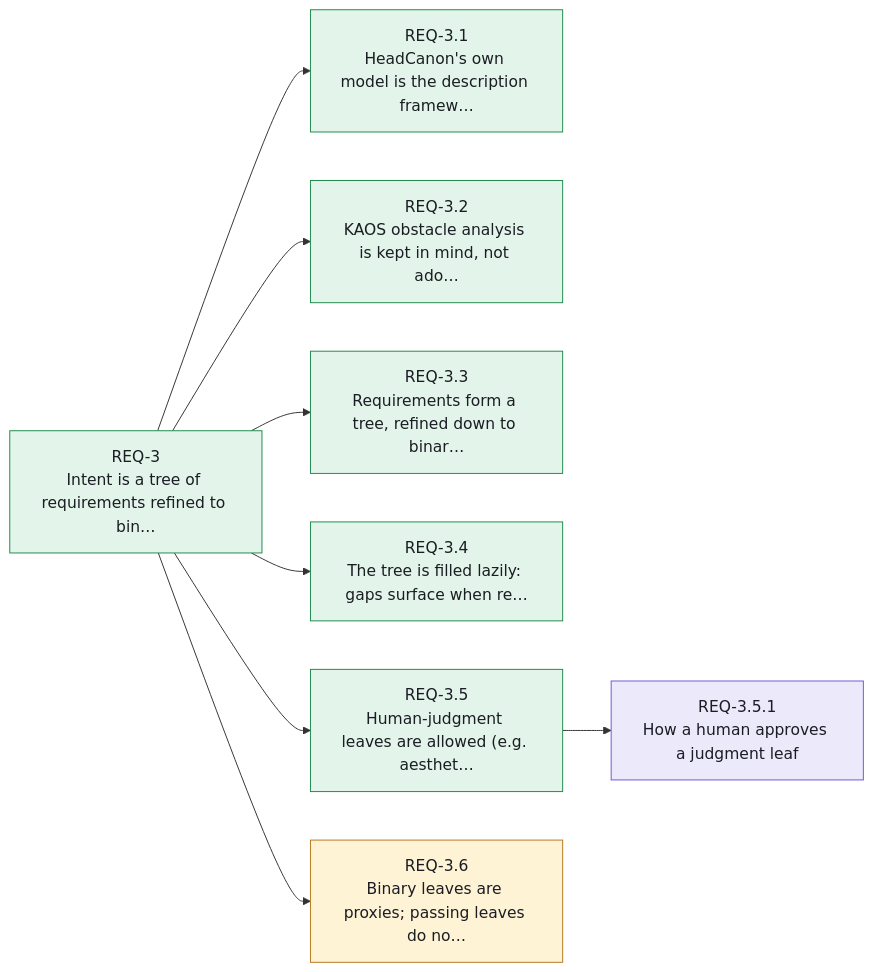
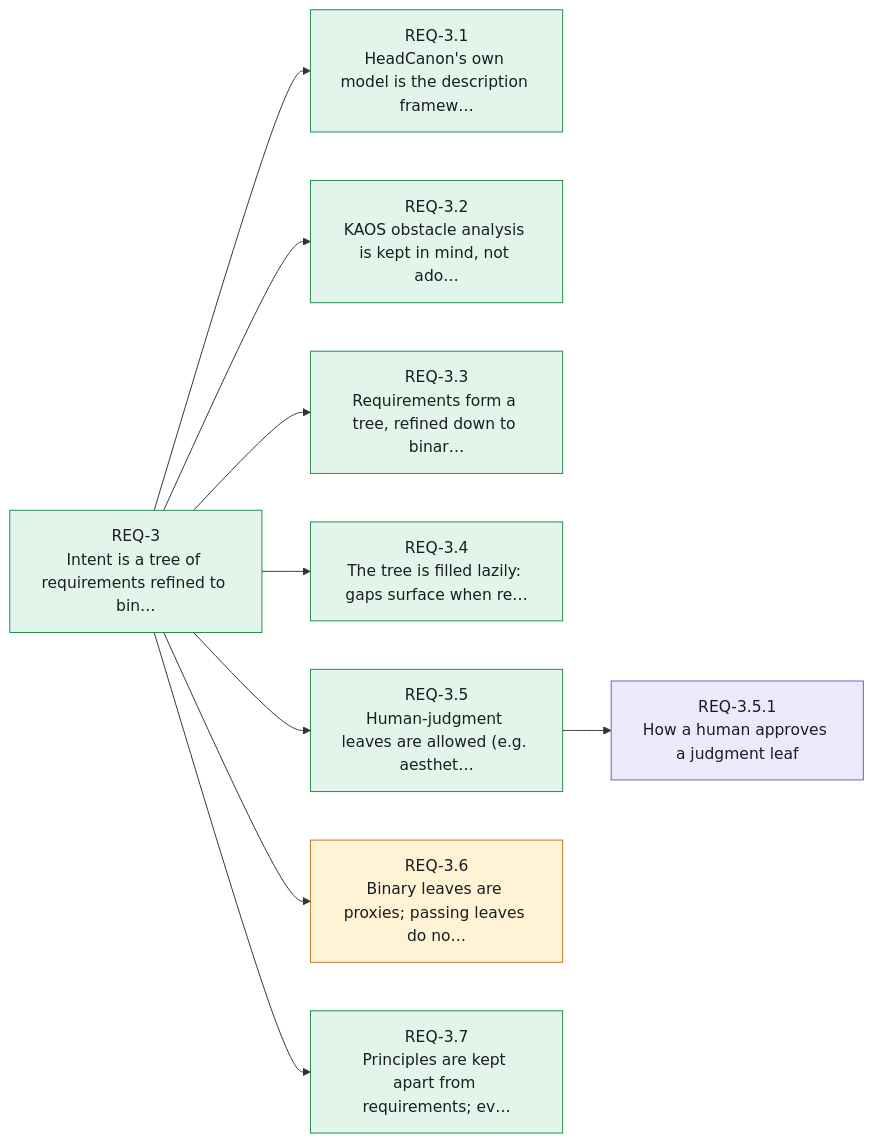
One commit to Althis/headcanon changed the fourth of 14 diagrams in canon/INDEX.md. Above: the diagram before and after it, drawn with Mermaid. The commit also changed other lines of this file and 3 other files, not shown here.

First line of the commit message:
feat(plugin): principles are kept apart from requirements

````diff
--- a/canon/INDEX.md
+++ b/canon/INDEX.md
@@ -249,23 +251,25 @@
 ```mermaid
 flowchart LR
     REQ_3["REQ-3<br/>Intent is a tree of requirements refined to bin…"]:::stated
     REQ_3_1["REQ-3.1<br/>HeadCanon's own model is the description framew…"]:::stated
     REQ_3_2["REQ-3.2<br/>KAOS obstacle analysis is kept in mind, not ado…"]:::stated
     REQ_3_3["REQ-3.3<br/>Requirements form a tree, refined down to binar…"]:::stated
     REQ_3_4["REQ-3.4<br/>The tree is filled lazily: gaps surface when re…"]:::stated
     REQ_3_5["REQ-3.5<br/>Human-judgment leaves are allowed (e.g. aesthet…"]:::stated
     REQ_3_5_1["REQ-3.5.1<br/>How a human approves a judgment leaf"]:::open
     REQ_3_6["REQ-3.6<br/>Binary leaves are proxies; passing leaves do no…"]:::assumed
+    REQ_3_7["REQ-3.7<br/>Principles are kept apart from requirements; ev…"]:::stated
     REQ_3 --> REQ_3_1
     REQ_3 --> REQ_3_2
     REQ_3 --> REQ_3_3
     REQ_3 --> REQ_3_4
     REQ_3 --> REQ_3_5
     REQ_3_5 --> REQ_3_5_1
     REQ_3 --> REQ_3_6
+    REQ_3 --> REQ_3_7
     classDef stated fill:#e3f5ea,stroke:#1f8a4c,color:#1a1d23
     classDef resolved fill:#e8efff,stroke:#2563eb,color:#1a1d23
     classDef assumed fill:#fff3d6,stroke:#b7791f,color:#1a1d23
     classDef open fill:#ece9fb,stroke:#6b5bd2,color:#1a1d23
     classDef contested fill:#fde7e8,stroke:#d13438,color:#1a1d23
 ```
````
